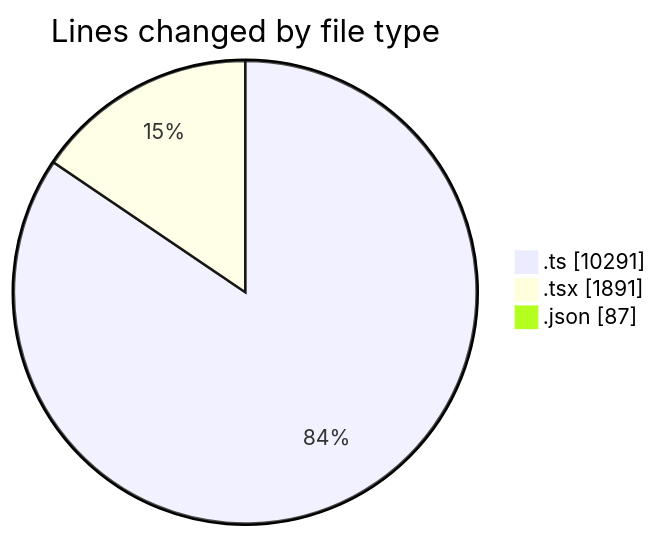
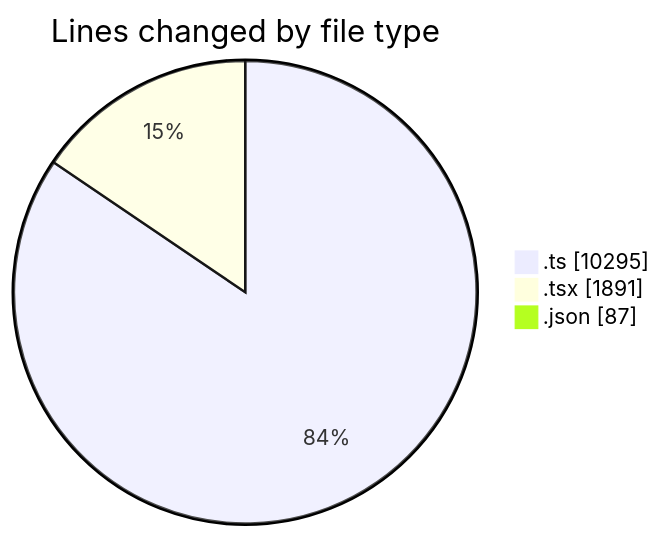
Before and after one commit to momahboobian/code-tracking: the first of 2 diagrams in 2025-07-14/cda/README.md, drawn with Mermaid. The commit also changed other lines of this file and 1 other file, not shown here.

````diff
--- a/2025-07-14/cda/README.md
+++ b/2025-07-14/cda/README.md
@@ -29,7 +29,7 @@
 ```mermaid
 pie showData
 title Lines changed by file type
-".ts" : 10291
+".ts" : 10295
 ".tsx" : 1891
 ".json" : 87
 ```
````
